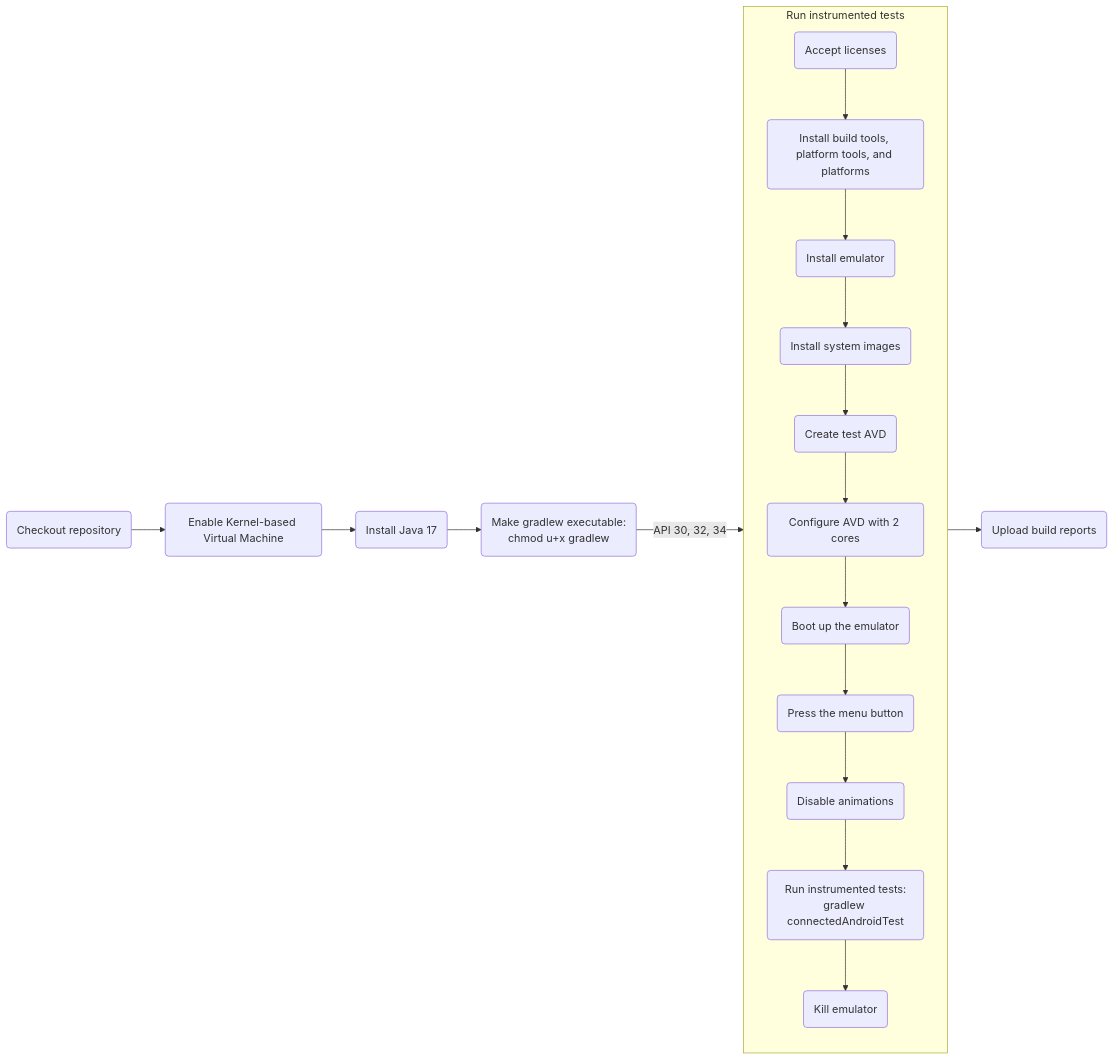
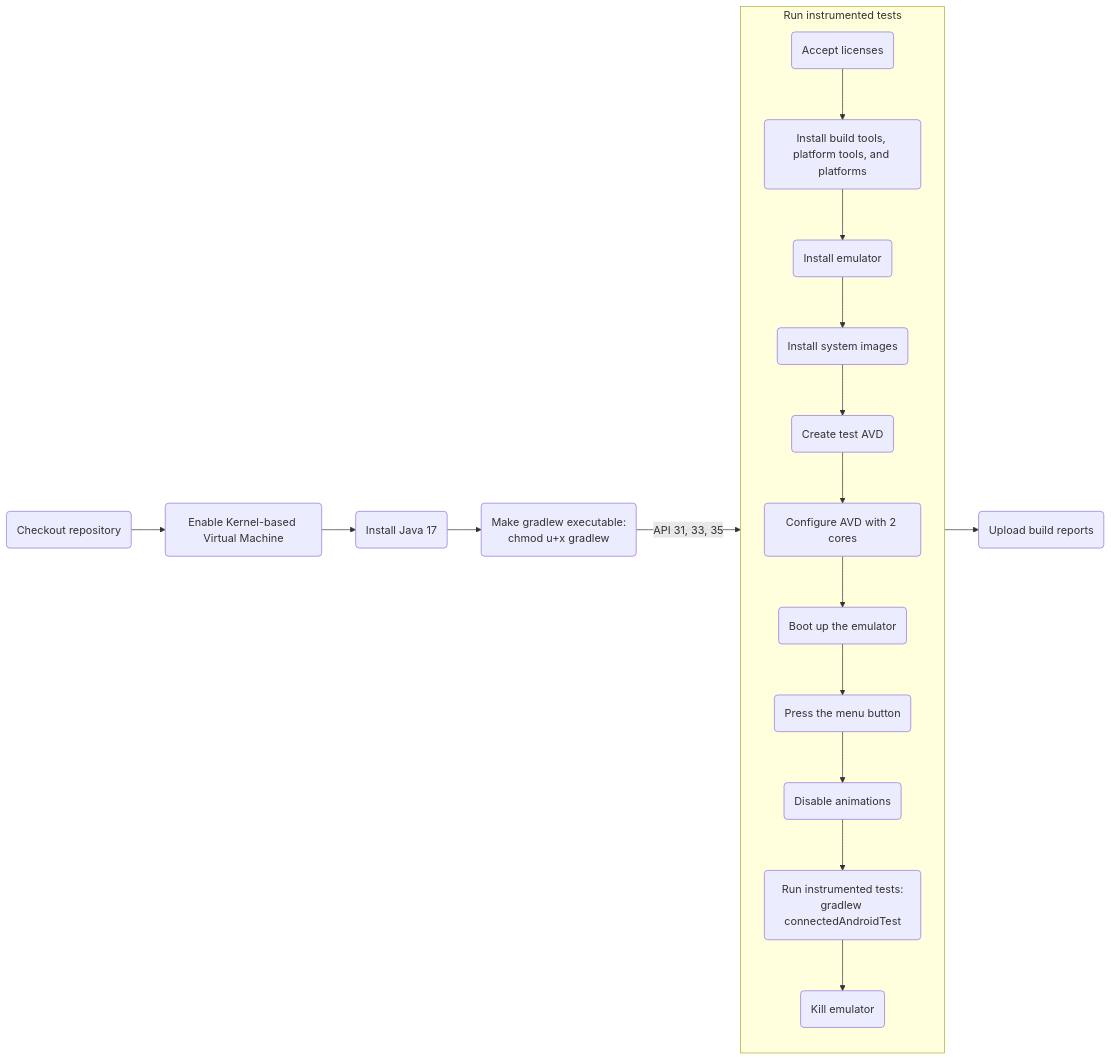
The second of 4 diagrams in README.md (Abhiek187/ez-recipes-android), drawn with Mermaid before and after one commit. The commit also changed 4 other files, not shown here.

````diff
--- a/README.md
+++ b/README.md
@@ -62,23 +62,23 @@
 ```mermaid
 flowchart LR
 
 A(Checkout repository) --> B(Enable Kernel-based Virtual Machine)
 B --> C(Install Java 17)
 C --> D(Make gradlew executable:<br>chmod u+x gradlew)
-D -->|API 30, 32, 34| E
+D -->|API 31, 33, 35| E
 E --> F(Upload build reports)
 
 subgraph E [Run instrumented tests]
 direction TB
 G(Accept licenses) --> H(Install build tools, platform tools, and platforms)
 H --> I(Install emulator)
 I --> J(Install system images)
 J --> K(Create test AVD)
 K --> L(Configure AVD with 2 cores)
 L --> M(Boot up the emulator)
 M --> N(Press the menu button)
 N --> O(Disable animations)
 O --> P(Run instrumented tests:<br>gradlew connectedAndroidTest)
 P --> Q(Kill emulator)
 end
 ```
````
